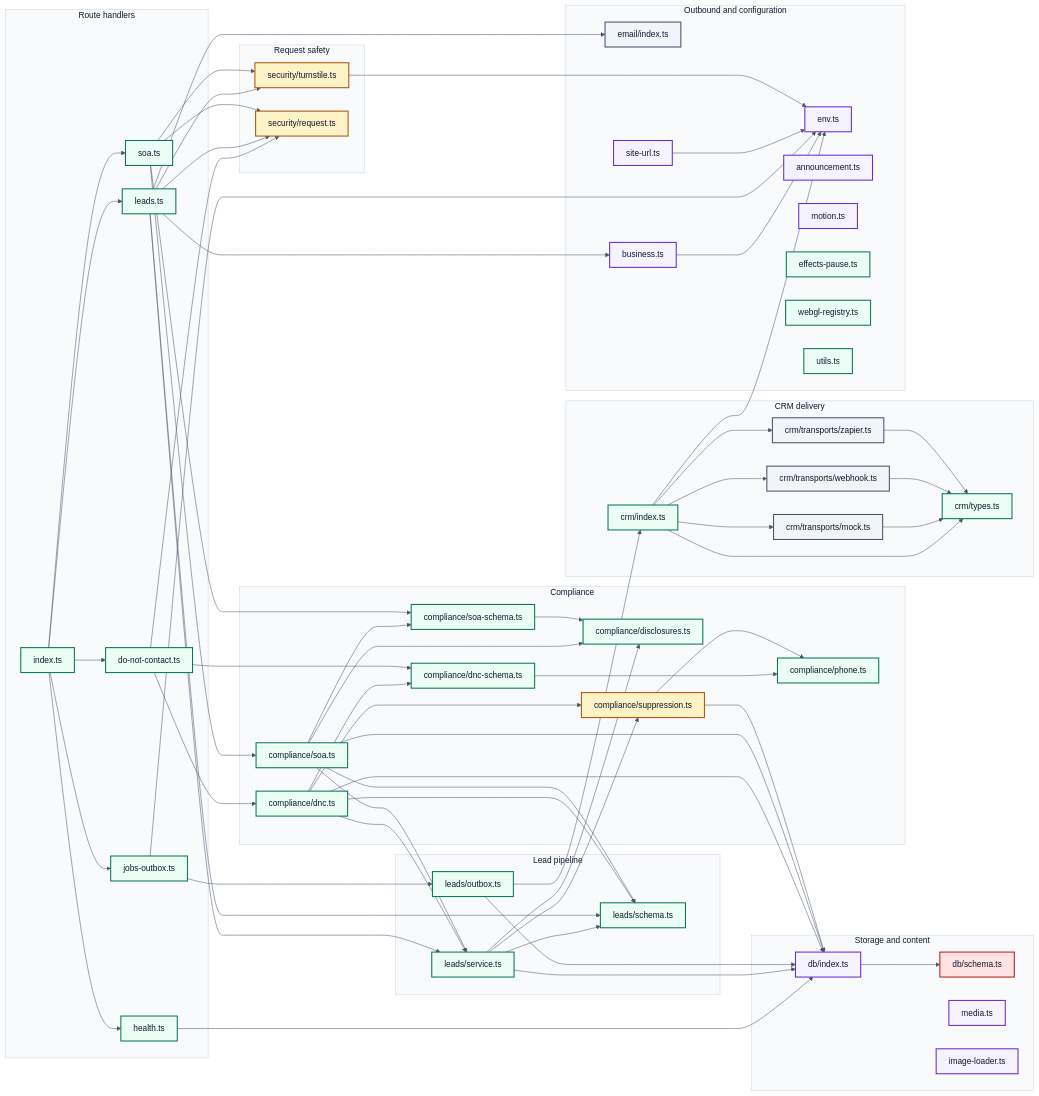
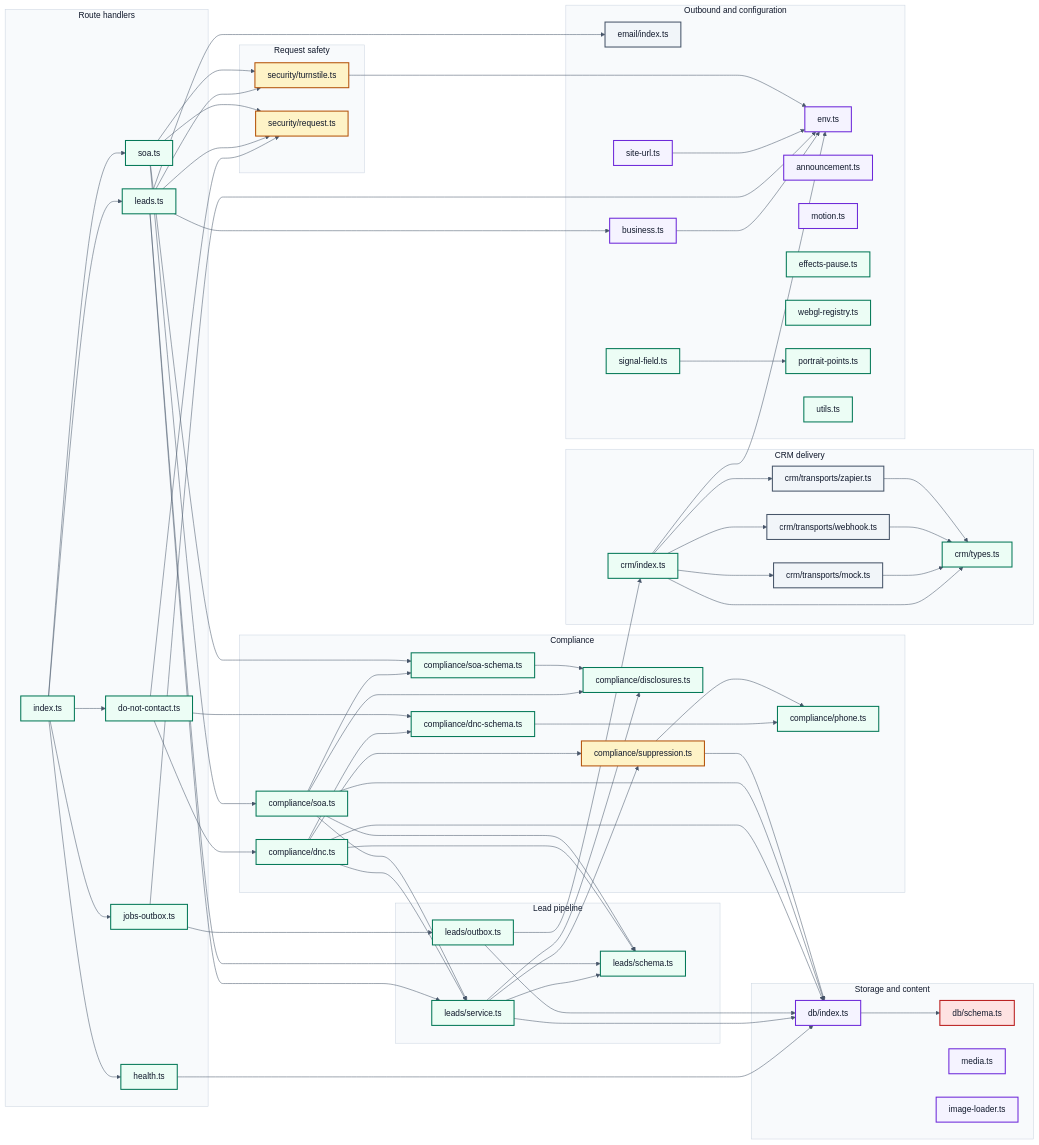
Before and after one commit to marc-mccarthy/legacy-benefits-mn: the diagram in docs/diagrams/D5-module-map.mmd, drawn with Mermaid. The commit also changed 16 other files, not shown here.

```diff
--- a/docs/diagrams/D5-module-map.mmd
+++ b/docs/diagrams/D5-module-map.mmd
@@ -1,138 +1,141 @@
 %%{init: {"theme":"base","themeVariables":{"fontFamily":"Helvetica Neue, Helvetica, Arial, sans-serif","fontSize":"16px","textColor":"#0F172A","background":"#FFFFFF","lineColor":"#475569","mainBkg":"#EFF6FF","nodeBorder":"#1D4ED8","primaryColor":"#EFF6FF","primaryBorderColor":"#1D4ED8","primaryTextColor":"#0F172A","secondaryColor":"#F1F5F9","secondaryBorderColor":"#475569","secondaryTextColor":"#0F172A","tertiaryColor":"#F8FAFC","tertiaryBorderColor":"#CBD5E1","tertiaryTextColor":"#0F172A","clusterBkg":"#F8FAFC","clusterBorder":"#CBD5E1","edgeLabelBackground":"#FFFFFF","actorBkg":"#EEF2FF","actorBorder":"#4338CA","actorTextColor":"#0F172A","signalColor":"#475569","signalTextColor":"#0F172A","noteBkgColor":"#FEF3C7","noteBorderColor":"#B45309","noteTextColor":"#0F172A","activationBkgColor":"#ECFDF5","activationBorderColor":"#047857","labelBoxBkgColor":"#FEF3C7","labelBoxBorderColor":"#B45309","sequenceNumberColor":"#FFFFFF"},"flowchart":{"htmlLabels":false,"curve":"basis","nodeSpacing":45,"rankSpacing":60,"padding":12},"sequence":{"useMaxWidth":false,"htmlLabels":false,"mirrorActors":false,"wrap":true,"width":190}}}%%
 flowchart LR
 accTitle: Every server module this repository owns, and what each one imports
 accDescr {
   A left-to-right map of the server side of the application, derived from the imports in the
   code rather than drawn by hand, so it cannot describe a wiring that no longer exists. Each
   box is one module; each arrow is one module importing another. Route handlers sit on the
   left, since every request enters through one of them. The two modules that verify a request
   and the one that decides whether a person may be contacted are drawn as gates, because their
   job is to reject. The database schema is drawn as regulated data, because that is what it
   declares. Test files are excluded: a test importing a module says nothing about how the
-  application is wired. 36 modules and 53 imports are drawn.
+  application is wired. 38 modules and 54 imports are drawn.
 }
 
 subgraph Routehandlers ["Route handlers"]
   apiRouter["index.ts"]
   leadsRoute["leads.ts"]
   soaRoute["soa.ts"]
   dncRoute["do-not-contact.ts"]
   jobsRoute["jobs-outbox.ts"]
   healthRoute["health.ts"]
 end
 
 subgraph Requestsafety ["Request safety"]
   turnstile["security/turnstile.ts"]
   request["security/request.ts"]
 end
 
 subgraph Leadpipeline ["Lead pipeline"]
   leadService["leads/service.ts"]
   leadSchema["leads/schema.ts"]
   outbox["leads/outbox.ts"]
 end
 
 subgraph Compliance ["Compliance"]
   disclosures["compliance/disclosures.ts"]
   suppression["compliance/suppression.ts"]
   phone["compliance/phone.ts"]
   dnc["compliance/dnc.ts"]
   dncSchema["compliance/dnc-schema.ts"]
   soa["compliance/soa.ts"]
   soaSchema["compliance/soa-schema.ts"]
 end
 
 subgraph CRMdelivery ["CRM delivery"]
   crm["crm/index.ts"]
   crmTypes["crm/types.ts"]
   webhook["crm/transports/webhook.ts"]
   zapier["crm/transports/zapier.ts"]
   mock["crm/transports/mock.ts"]
 end
 
 subgraph Storageandcontent ["Storage and content"]
   db["db/index.ts"]
   dbSchema["db/schema.ts"]
   media["media.ts"]
   imageLoader["image-loader.ts"]
 end
 
 subgraph Outboundandconfiguration ["Outbound and configuration"]
   email["email/index.ts"]
   env["env.ts"]
   siteUrl["site-url.ts"]
   business["business.ts"]
   announcement["announcement.ts"]
   motion["motion.ts"]
   effectsPause["effects-pause.ts"]
   webglRegistry["webgl-registry.ts"]
+  portraitPoints["portrait-points.ts"]
+  signalField["signal-field.ts"]
   utils["utils.ts"]
 end
 
 apiRouter --> dncRoute
 apiRouter --> healthRoute
 apiRouter --> jobsRoute
 apiRouter --> leadsRoute
 apiRouter --> soaRoute
 business --> env
 crm --> crmTypes
 crm --> env
 crm --> mock
 crm --> webhook
 crm --> zapier
 db --> dbSchema
 dnc --> db
 dnc --> dncSchema
 dnc --> leadSchema
 dnc --> leadService
 dnc --> suppression
 dncRoute --> dnc
 dncRoute --> dncSchema
 dncRoute --> request
 dncSchema --> phone
 healthRoute --> db
 jobsRoute --> env
 jobsRoute --> outbox
 leadService --> db
 leadService --> disclosures
 leadService --> leadSchema
 leadService --> suppression
 leadsRoute --> business
 leadsRoute --> email
 leadsRoute --> leadSchema
 leadsRoute --> leadService
 leadsRoute --> request
 leadsRoute --> turnstile
 mock --> crmTypes
 outbox --> crm
 outbox --> db
+signalField --> portraitPoints
 siteUrl --> env
 soa --> db
 soa --> disclosures
 soa --> leadSchema
 soa --> leadService
 soa --> soaSchema
 soaRoute --> request
 soaRoute --> soa
 soaRoute --> soaSchema
 soaRoute --> turnstile
 soaSchema --> disclosures
 suppression --> db
 suppression --> phone
 turnstile --> env
 webhook --> crmTypes
 zapier --> crmTypes
 
 classDef human    fill:#EEF2FF,stroke:#4338CA,stroke-width:2px,color:#0F172A
 classDef client   fill:#EFF6FF,stroke:#1D4ED8,stroke-width:2px,color:#0F172A
 classDef ours     fill:#ECFDF5,stroke:#047857,stroke-width:2px,color:#0F172A
 classDef guard    fill:#FEF3C7,stroke:#B45309,stroke-width:2px,color:#0F172A
 classDef vendor   fill:#F1F5F9,stroke:#475569,stroke-width:2px,color:#0F172A
 classDef phi      fill:#FEE2E2,stroke:#B91C1C,stroke-width:2px,color:#0F172A
 classDef artifact fill:#F5F3FF,stroke:#6D28D9,stroke-width:2px,color:#0F172A
 
-class apiRouter,leadsRoute,soaRoute,dncRoute,jobsRoute,healthRoute,leadService,leadSchema,outbox,disclosures,phone,dnc,dncSchema,soa,soaSchema,crm,crmTypes,effectsPause,webglRegistry,utils ours
+class apiRouter,leadsRoute,soaRoute,dncRoute,jobsRoute,healthRoute,leadService,leadSchema,outbox,disclosures,phone,dnc,dncSchema,soa,soaSchema,crm,crmTypes,effectsPause,webglRegistry,portraitPoints,signalField,utils ours
 class turnstile,request,suppression guard
 class webhook,zapier,mock,email vendor
 class dbSchema phi
 class db,media,imageLoader,env,siteUrl,business,announcement,motion artifact
```
